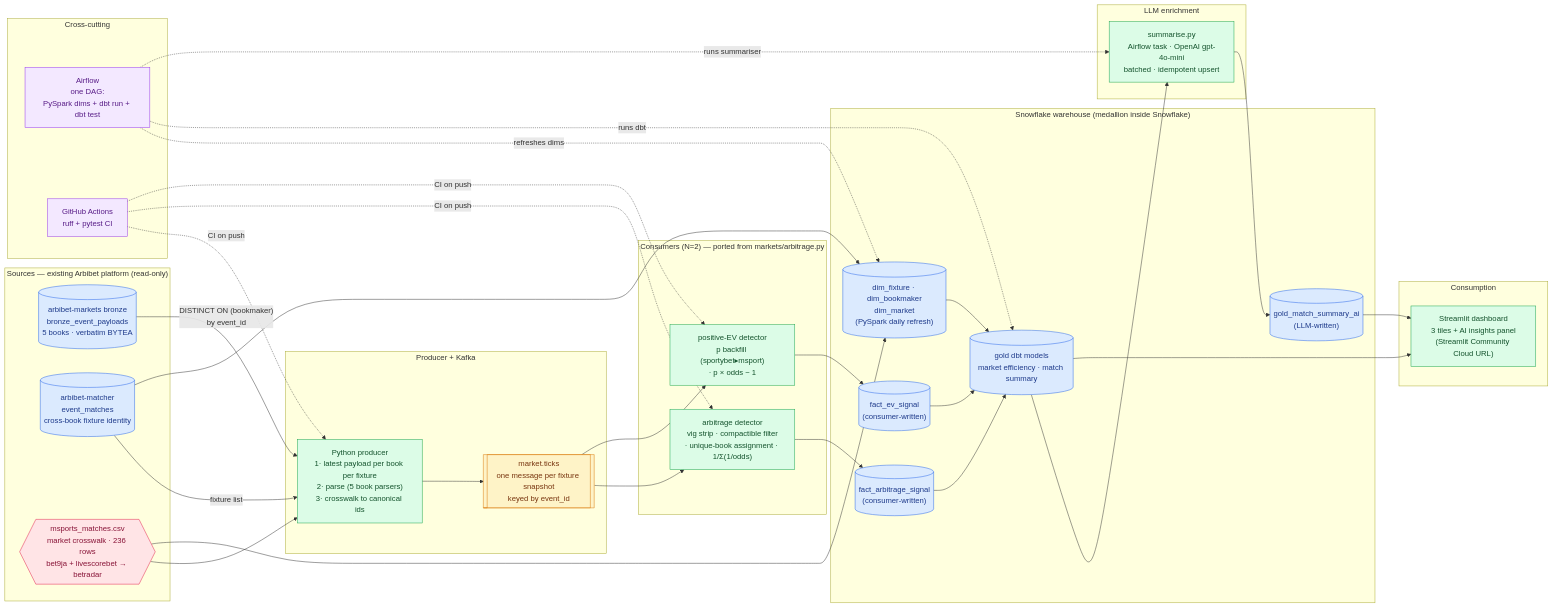
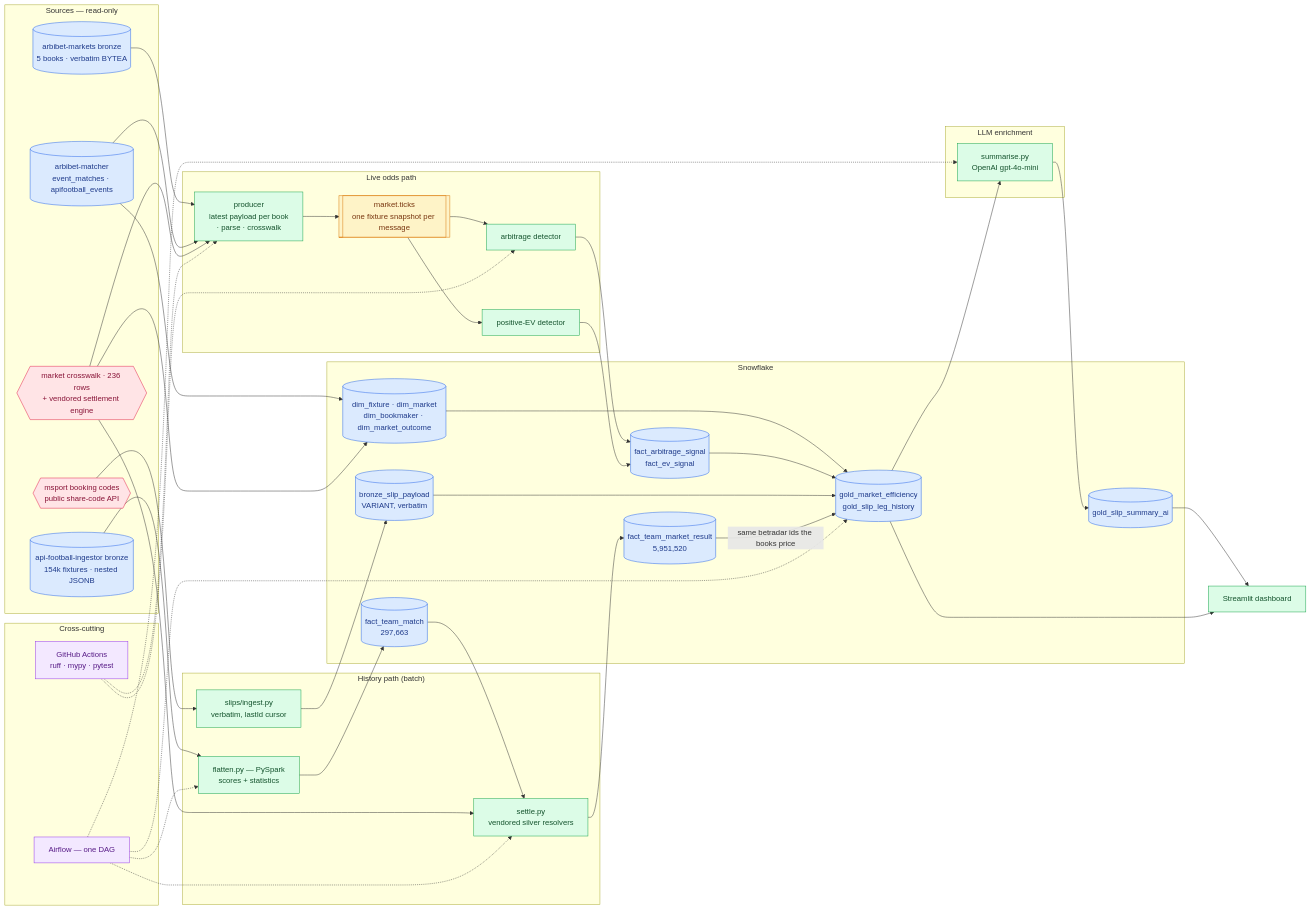
Before and after one commit to bankijey/arbibet-capstone: the diagram in README.md, drawn with Mermaid. The commit also changed other lines of this file and 129 other files, not shown here.

First line of the commit message:
Cross-bookmaker signals platform: pipeline, warehouse and hosted dashboard

````diff
--- a/README.md
+++ b/README.md
@@ -26,66 +26,76 @@
 ```mermaid
 flowchart LR
-  subgraph SRC["Sources — existing Arbibet platform (read-only)"]
-    bronze[("arbibet-markets bronze<br/>bronze_event_payloads<br/>5 books · verbatim BYTEA")]
-    match[("arbibet-matcher<br/>event_matches<br/>cross-book fixture identity")]
-    xwalk{{"msports_matches.csv<br/>market crosswalk · 236 rows<br/>bet9ja + livescorebet → betradar"}}
+  subgraph SRC["Sources — read-only"]
+    bronze[("arbibet-markets bronze<br/>5 books · verbatim BYTEA")]
+    match[("arbibet-matcher<br/>event_matches · apifootball_events")]
+    ingestor[("api-football-ingestor bronze<br/>154k fixtures · nested JSONB")]
+    msport{{"msport booking codes<br/>public share-code API"}}
+    xwalk{{"market crosswalk · 236 rows<br/>+ vendored settlement engine"}}
   end
 
-  subgraph BUS["Producer + Kafka"]
-    prod["Python producer<br/>1· latest payload per book per fixture<br/>2· parse (5 book parsers)<br/>3· crosswalk to canonical ids"]
-    kraw[["market.ticks<br/>one message per fixture snapshot<br/>keyed by event_id"]]
+  subgraph LIVE["Live odds path"]
+    prod["producer<br/>latest payload per book<br/>· parse · crosswalk"]
+    kraw[["market.ticks<br/>one fixture snapshot per message"]]
+    arb["arbitrage detector"]
+    ev["positive-EV detector"]
   end
 
-  subgraph CONS["Consumers (N=2) — ported from markets/arbitrage.py"]
-    arb["arbitrage detector<br/>vig strip · compactible filter<br/>· unique-book assignment · 1/Σ(1/odds)"]
-    ev["positive-EV detector<br/>p backfill (sportybet▸msport)<br/>· p × odds − 1"]
+  subgraph HIST["History path (batch)"]
+    flat["flatten.py — PySpark<br/>scores + statistics"]
+    settle["settle.py<br/>vendored silver resolvers"]
+    slipin["slips/ingest.py<br/>verbatim, lastId cursor"]
   end
 
-  subgraph WH["Snowflake warehouse (medallion inside Snowflake)"]
-    dims[("dim_fixture · dim_bookmaker<br/>dim_market<br/>(PySpark daily refresh)")]
-    factarb[("fact_arbitrage_signal<br/>(consumer-written)")]
-    factev[("fact_ev_signal<br/>(consumer-written)")]
-    gold[("gold dbt models<br/>market efficiency · match summary")]
-    aisum[("gold_match_summary_ai<br/>(LLM-written)")]
+  subgraph WH["Snowflake"]
+    dims[("dim_fixture · dim_market<br/>dim_bookmaker · dim_market_outcome")]
+    form[("fact_team_match<br/>297,663")]
+    mres[("fact_team_market_result<br/>5,951,520")]
+    slips[("bronze_slip_payload<br/>VARIANT, verbatim")]
+    sig[("fact_arbitrage_signal<br/>fact_ev_signal")]
+    gold[("gold_market_efficiency<br/>gold_slip_leg_history")]
+    aisum[("gold_slip_summary_ai")]
   end
 
   subgraph ENR["LLM enrichment"]
-    ai["summarise.py<br/>Airflow task · OpenAI gpt-4o-mini<br/>batched · idempotent upsert"]
+    ai["summarise.py<br/>OpenAI gpt-4o-mini"]
   end
 
-  subgraph OUT["Consumption"]
-    st["Streamlit dashboard<br/>3 tiles + AI insights panel<br/>(Streamlit Community Cloud URL)"]
+  st["Streamlit dashboard"]
+
+  subgraph CROSS["Cross-cutting"]
+    af["Airflow — one DAG"]
+    gh["GitHub Actions<br/>ruff · mypy · pytest"]
   end
 
-  subgraph CROSS["Cross-cutting"]
-    af["Airflow<br/>one DAG:<br/>PySpark dims + dbt run + dbt test"]
-    gh["GitHub Actions<br/>ruff + pytest CI"]
-  end
-
-  bronze -->|"DISTINCT ON (bookmaker)<br/>by event_id"| prod
-  match -->|fixture list| prod
+  bronze --> prod
+  match --> prod
   xwalk --> prod
   prod --> kraw
   kraw --> arb
   kraw --> ev
-  arb --> factarb
-  ev --> factev
+  arb --> sig
+  ev --> sig
+
+  ingestor --> flat --> form --> settle --> mres
+  xwalk --> settle
+  msport --> slipin --> slips
   match --> dims
   xwalk --> dims
+
   dims --> gold
-  factarb --> gold
-  factev --> gold
-  gold --> ai
-  ai --> aisum
+  sig --> gold
+  slips --> gold
+  mres -->|"same betradar ids the books price"| gold
+  gold --> ai --> aisum
   aisum --> st
   gold --> st
 
-  af -.->|refreshes dims| dims
-  af -.->|runs dbt| gold
-  af -.->|runs summariser| ai
-  gh -.->|CI on push| prod
-  gh -.->|CI on push| arb
-  gh -.->|CI on push| ev
+  af -.-> flat
+  af -.-> settle
+  af -.-> gold
+  af -.-> ai
+  gh -.-> prod
+  gh -.-> arb
 
   classDef topic fill:#fef3c7,stroke:#d97706,color:#78350f
   classDef store fill:#dbeafe,stroke:#2563eb,color:#1e3a8a
@@ -93,8 +103,8 @@
   classDef cross fill:#f3e8ff,stroke:#9333ea,color:#581c87
   classDef ref fill:#ffe4e6,stroke:#e11d48,color:#881337
   class kraw topic
-  class factarb,factev,dims,gold,aisum,bronze,match store
-  class prod,arb,ev,st,ai proc
+  class bronze,match,ingestor,dims,form,mres,slips,sig,gold,aisum store
+  class prod,arb,ev,flat,settle,slipin,ai,st proc
   class af,gh cross
-  class xwalk ref
+  class msport,xwalk ref
 ```
````
